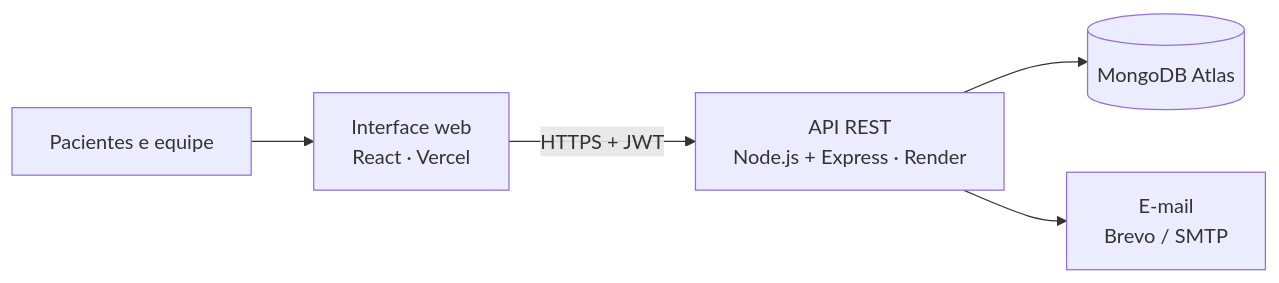
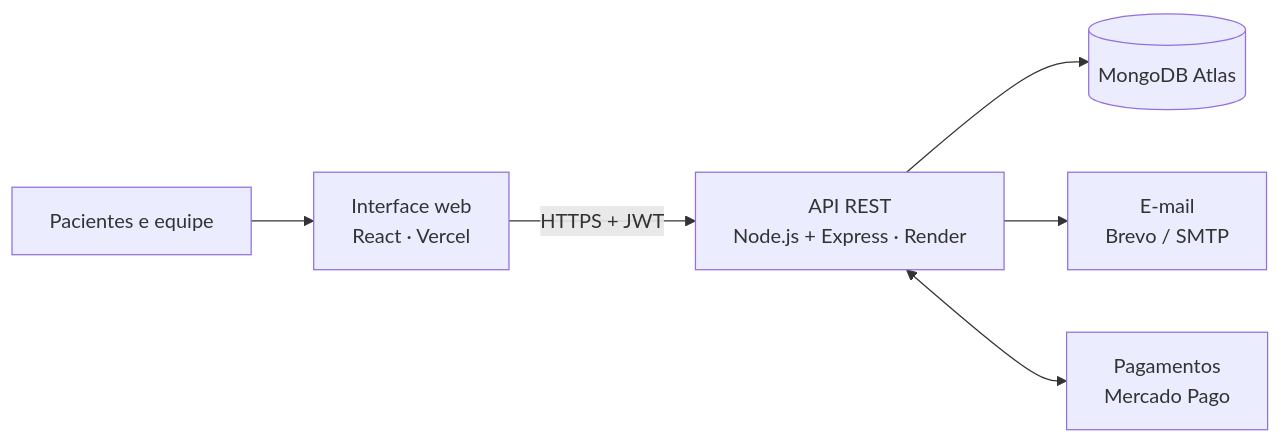
Before and after one commit to clinica-consulta/clinica-backend: the second of 3 diagrams in README.md, drawn with Mermaid. The commit also changed other lines of this file and 10 other files, not shown here.

First line of the commit message:
feat(pagamento): cobrança real pelo Mercado Pago para paciente particular

````diff
--- a/README.md
+++ b/README.md
@@ -128,7 +130,8 @@
 ```mermaid
 flowchart LR
     U[Pacientes e equipe] --> F[Interface web<br/>React · Vercel]
     F -- HTTPS + JWT --> A[API REST<br/>Node.js + Express · Render]
     A --> D[(MongoDB Atlas)]
     A --> E[E-mail<br/>Brevo / SMTP]
+    A <--> P[Pagamentos<br/>Mercado Pago]
 ```
````
